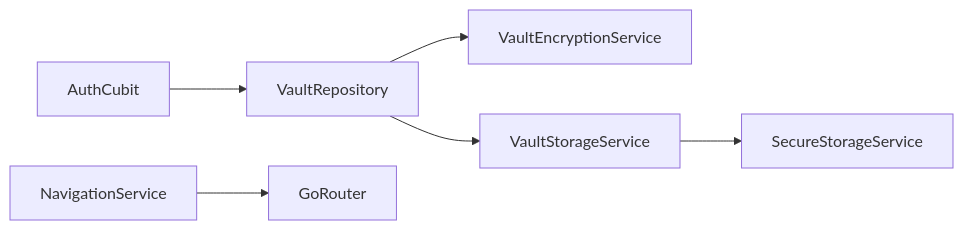
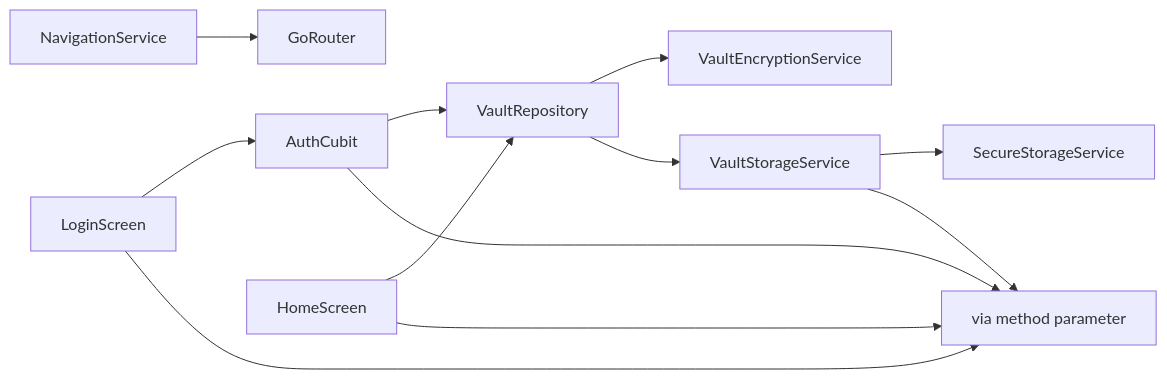
Before and after one commit to Mikeruss1418/Trident: diagram 16 of 19 in DEVELOPER_GUIDE.md, drawn with Mermaid. The commit also changed other lines of this file and 17 other files, not shown here.

Commit message:
implementation of the biometric flow as well, for more details look inside the developer_guide.md

````diff
--- a/DEVELOPER_GUIDE.md
+++ b/DEVELOPER_GUIDE.md
@@ -490,8 +1106,14 @@
 ```mermaid
 flowchart LR
     AuthCubit --> VaultRepository
+    AuthCubit --> BiometricService
     VaultRepository --> VaultEncryptionService
     VaultRepository --> VaultStorageService
     VaultStorageService --> SecureStorageService
+    VaultStorageService --> BiometricService[via method parameter]
     NavigationService --> GoRouter
+    HomeScreen --> VaultRepository
+    HomeScreen --> BiometricService
+    LoginScreen --> AuthCubit
+    LoginScreen --> BiometricService
 ```
````
